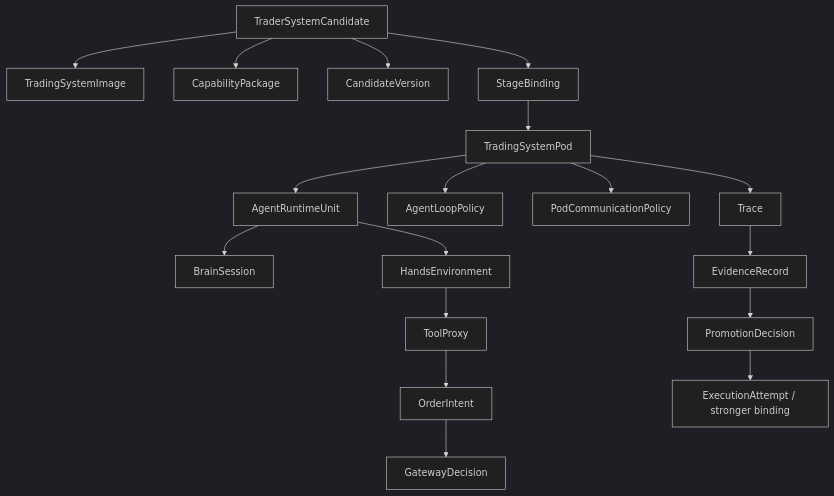
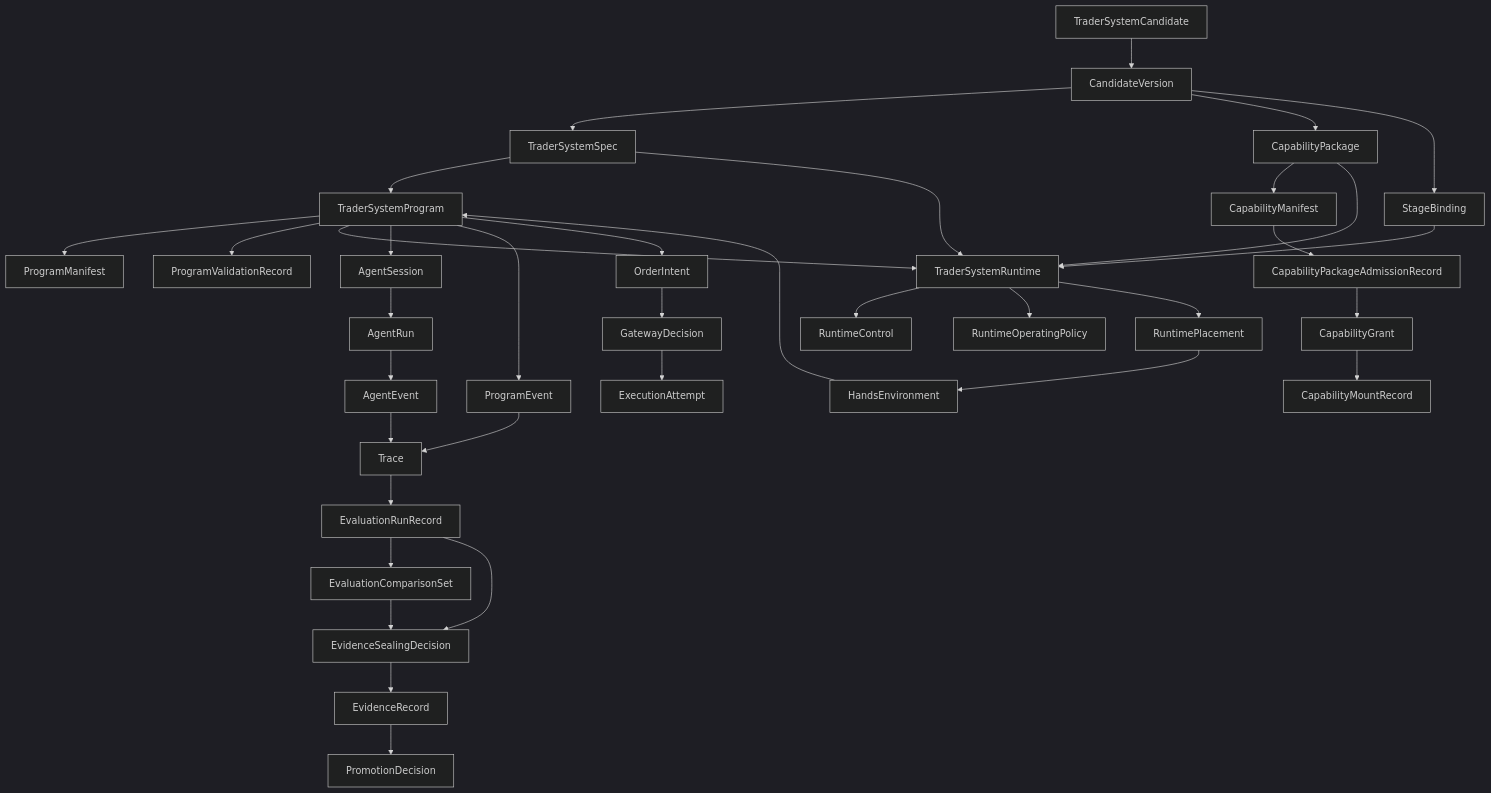
Before and after one commit to openboa-ai/ouroboros: the diagram in wiki/architecture/specs/02-core-primitives.md, drawn with Mermaid (dark theme). The commit also changed other lines of this file and 306 other files, not shown here.

Commit message:
docs: lock runtime control plane design baseline

````diff
--- a/wiki/architecture/specs/02-core-primitives.md
+++ b/wiki/architecture/specs/02-core-primitives.md
@@ -62,20 +92,38 @@
 ```mermaid
 flowchart TD
-    C["TraderSystemCandidate"] --> I["TradingSystemImage"]
-    C --> P["CapabilityPackage"]
-    C --> V["CandidateVersion"]
-    C --> B["StageBinding"]
-    B --> POD["TradingSystemPod"]
-    POD --> ARU["AgentRuntimeUnit"]
-    POD --> ALP["AgentLoopPolicy"]
-    ARU --> BS["BrainSession"]
-    ARU --> HE["HandsEnvironment"]
-    HE --> TP["ToolProxy"]
-    POD --> CPOL["PodCommunicationPolicy"]
-    POD --> T["Trace"]
-    T --> E["EvidenceRecord"]
-    E --> D["PromotionDecision"]
-    D --> X["ExecutionAttempt / stronger binding"]
-    TP --> OI["OrderIntent"]
+    C["TraderSystemCandidate"] --> V["CandidateVersion"]
+    V --> SPEC["TraderSystemSpec"]
+    SPEC --> PRG["TraderSystemProgram"]
+    PRG --> PMF["ProgramManifest"]
+    PRG --> PVR["ProgramValidationRecord"]
+    V --> CAP["CapabilityPackage"]
+    CAP --> CMAN["CapabilityManifest"]
+    CMAN --> CADM["CapabilityPackageAdmissionRecord"]
+    CADM --> CGRANT["CapabilityGrant"]
+    CGRANT --> CMOUNT["CapabilityMountRecord"]
+    V --> BIND["StageBinding"]
+    BIND --> RT["TraderSystemRuntime"]
+    SPEC --> RT
+    PRG --> RT
+    CAP --> RT
+    RT --> RCTRL["RuntimeControl"]
+    RT --> ROP["RuntimeOperatingPolicy"]
+    RT --> PLACE["RuntimePlacement"]
+    PLACE --> HE["HandsEnvironment"]
+    HE --> PRG
+    PRG --> AS["AgentSession"]
+    AS --> RUN["AgentRun"]
+    RUN --> AE["AgentEvent"]
+    PRG --> PE["ProgramEvent"]
+    AE --> T["Trace"]
+    PE --> T
+    PRG --> OI["OrderIntent"]
     OI --> GD["GatewayDecision"]
+    GD --> EX["ExecutionAttempt"]
+    T --> ERUN["EvaluationRunRecord"]
+    ERUN --> ECMP["EvaluationComparisonSet"]
+    ERUN --> ESEAL["EvidenceSealingDecision"]
+    ECMP --> ESEAL
+    ESEAL --> EV["EvidenceRecord"]
+    EV --> PD["PromotionDecision"]
 ```
````
